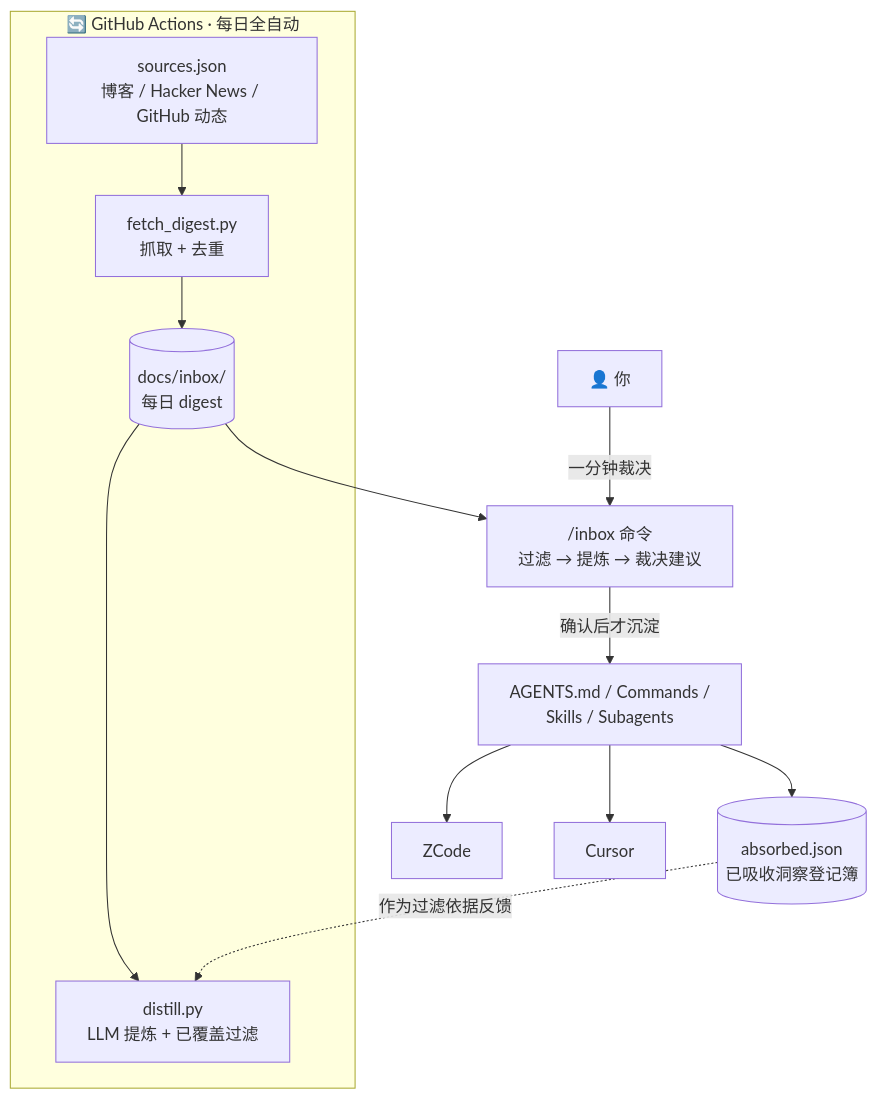
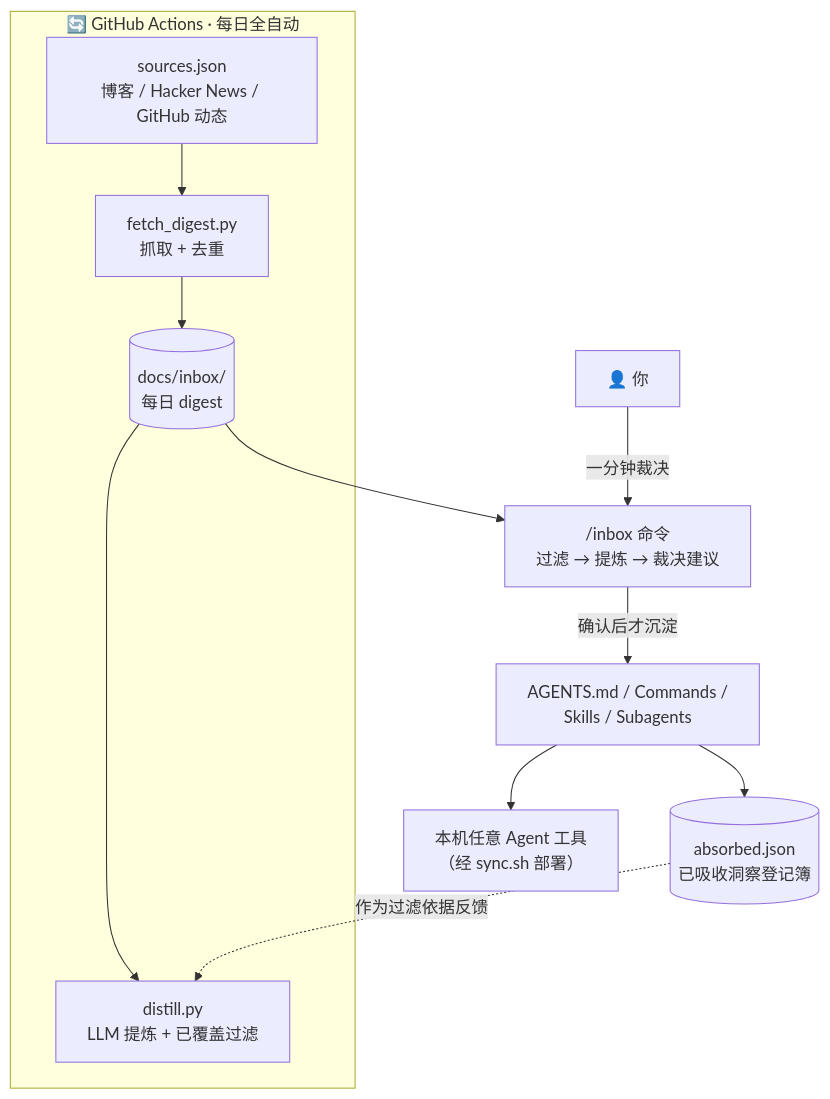
Before and after one commit to Roarpeng/agent-os: the diagram in README.md, drawn with Mermaid. The commit also changed other lines of this file and 4 other files, not shown here.

````diff
--- a/README.md
+++ b/README.md
@@ -30,14 +31,14 @@
 ```mermaid
 flowchart TB
     subgraph PIPE["🔄 GitHub Actions · 每日全自动"]
         S["sources.json<br/>博客 / Hacker News / GitHub 动态"] --> F["fetch_digest.py<br/>抓取 + 去重"]
         F --> D[("docs/inbox/<br/>每日 digest")]
         D --> L["distill.py<br/>LLM 提炼 + 已覆盖过滤"]
     end
     D --> I["/inbox 命令<br/>过滤 → 提炼 → 裁决建议"]
     U["👤 你"] -- 一分钟裁决 --> I
     I -- "确认后才沉淀" --> R["AGENTS.md / Commands /<br/>Skills / Subagents"]
     R --> A[("absorbed.json<br/>已吸收洞察登记簿")]
     A -. 作为过滤依据反馈 .-> L
-    R --> Z["ZCode"] & C["Cursor"]
+    R --> T["本机任意 Agent 工具<br/>（经 sync.sh 部署）"]
 ```
````
